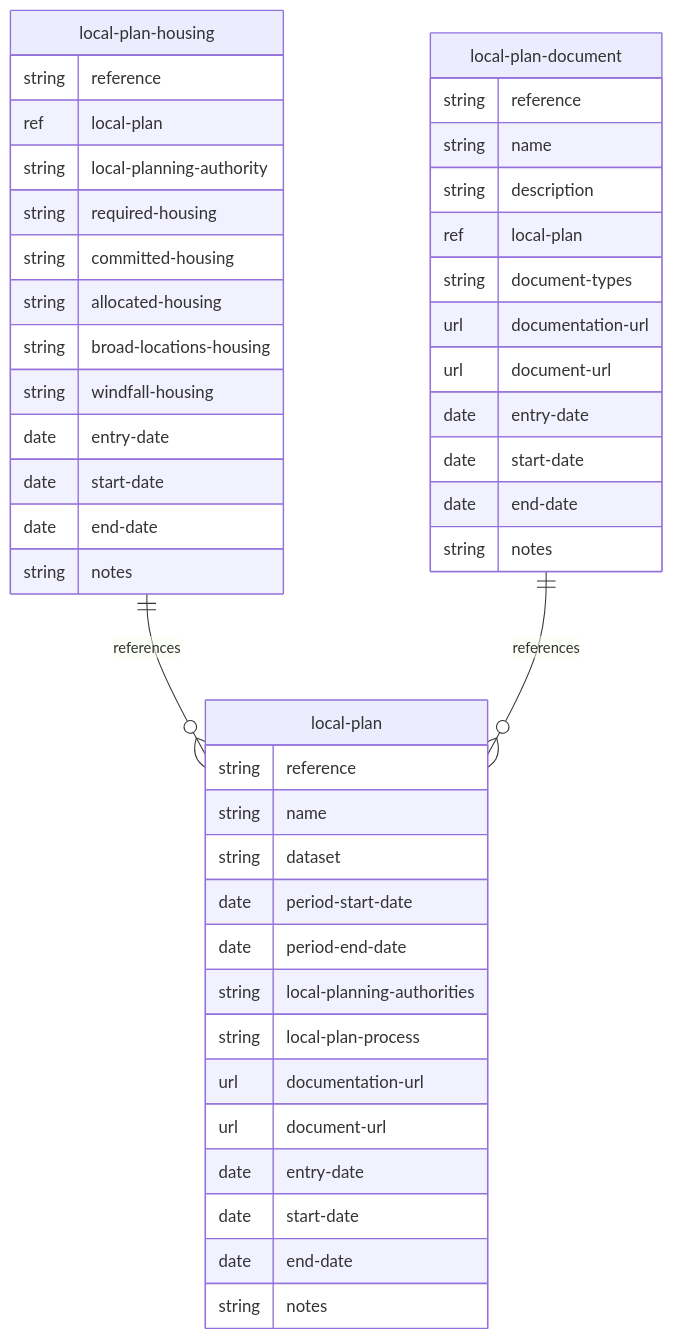
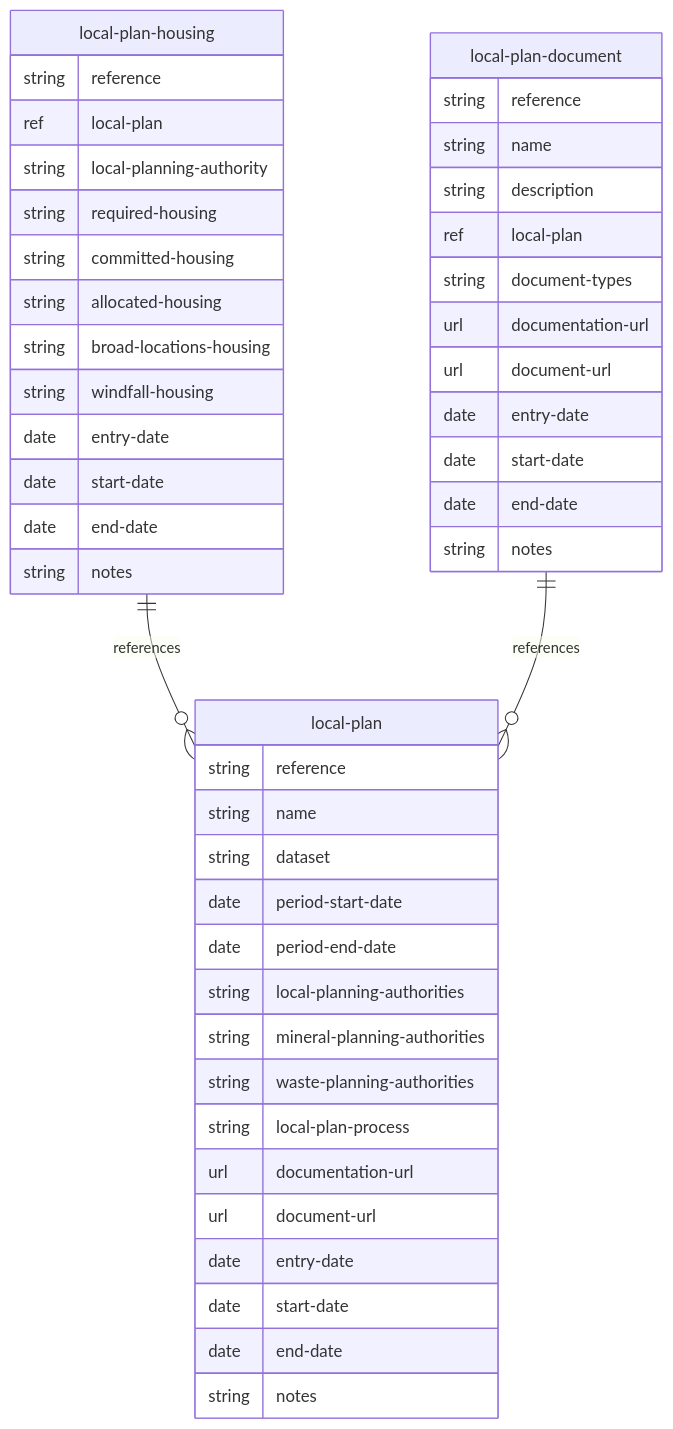
One commit to digital-land/specification changed the diagram in docs/mermaid/local-plan.md. Above: the diagram before and after it, drawn with Mermaid. The commit also changed 66 other files, not shown here.

````diff
--- a/docs/mermaid/local-plan.md
+++ b/docs/mermaid/local-plan.md
@@ -4,47 +4,49 @@
 ```mermaid
 erDiagram
     local-plan {
         string reference
         string name
         string dataset
         date period-start-date
         date period-end-date
         string local-planning-authorities
+        string mineral-planning-authorities
+        string waste-planning-authorities
         string local-plan-process
         url documentation-url
         url document-url
         date entry-date
         date start-date
         date end-date
         string notes
     }
     local-plan-housing {
         string reference
         ref local-plan
         string local-planning-authority
         string required-housing
         string committed-housing
         string allocated-housing
         string broad-locations-housing
         string windfall-housing
         date entry-date
         date start-date
         date end-date
         string notes
     }
     local-plan-document {
         string reference
         string name
         string description
         ref local-plan
         string document-types
         url documentation-url
         url document-url
         date entry-date
         date start-date
         date end-date
         string notes
     }
     local-plan-housing ||--o{ local-plan : references
     local-plan-document ||--o{ local-plan : references
 ```
````
